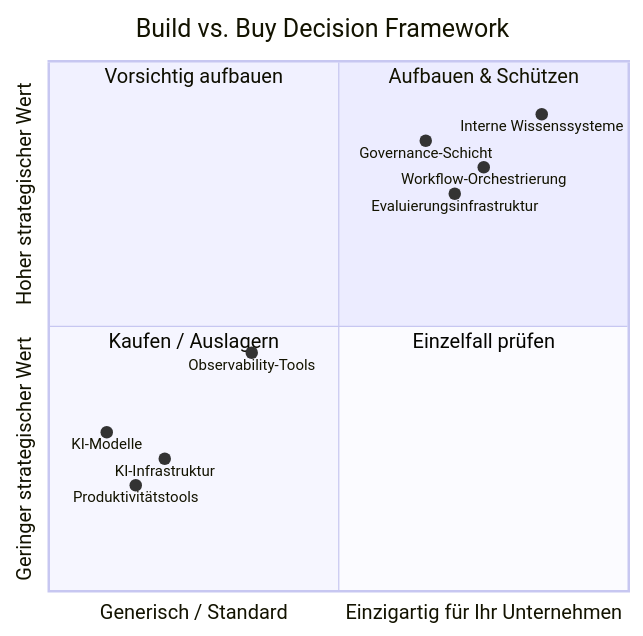
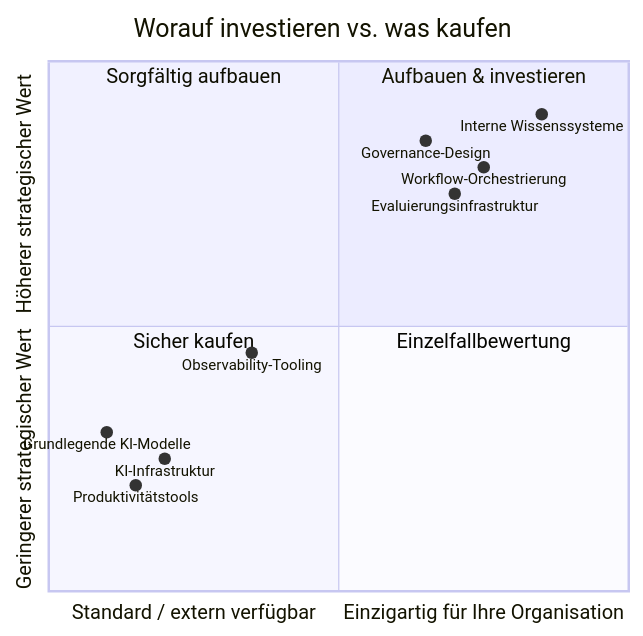
Before and after one commit to fps4/web-faridgurbanov: the third of 4 diagrams in src/content/de/blog/it-org-ai-transformation.md, drawn with Mermaid. The commit also changed other lines of this file and 13 other files, not shown here.

````diff
--- a/src/content/de/blog/it-org-ai-transformation.md
+++ b/src/content/de/blog/it-org-ai-transformation.md
@@ -102,20 +100,20 @@
 ```mermaid
 quadrantChart
-    title Build vs. Buy Decision Framework
-    x-axis "Generisch / Standard" --> "Einzigartig für Ihr Unternehmen"
-    y-axis "Geringer strategischer Wert" --> "Hoher strategischer Wert"
+    title Worauf investieren vs. was kaufen
+    x-axis "Standard / extern verfügbar" --> "Einzigartig für Ihre Organisation"
+    y-axis "Geringerer strategischer Wert" --> "Höherer strategischer Wert"
     
-    quadrant-1 Aufbauen & Schützen
-    quadrant-2 Vorsichtig aufbauen
-    quadrant-3 Kaufen / Auslagern
-    quadrant-4 Einzelfall prüfen
+    quadrant-1 Aufbauen & investieren
+    quadrant-2 Sorgfältig aufbauen
+    quadrant-3 Sicher kaufen
+    quadrant-4 Einzelfallbewertung
 
     Interne Wissenssysteme: [0.85, 0.90]
     Workflow-Orchestrierung: [0.75, 0.80]
     Evaluierungsinfrastruktur: [0.70, 0.75]
-    Governance-Schicht: [0.65, 0.85]
-    KI-Modelle: [0.10, 0.30]
+    Governance-Design: [0.65, 0.85]
+    Grundlegende KI-Modelle: [0.10, 0.30]
     Produktivitätstools: [0.15, 0.20]
     KI-Infrastruktur: [0.20, 0.25]
-    Observability-Tools: [0.35, 0.45]
+    Observability-Tooling: [0.35, 0.45]
 ```
````
